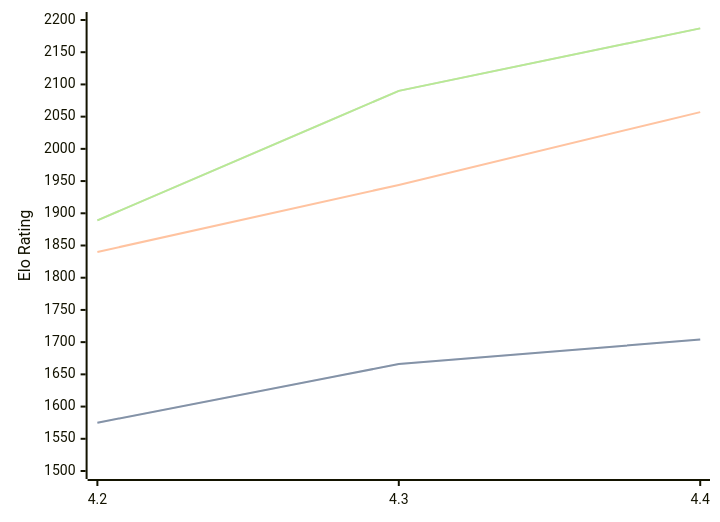
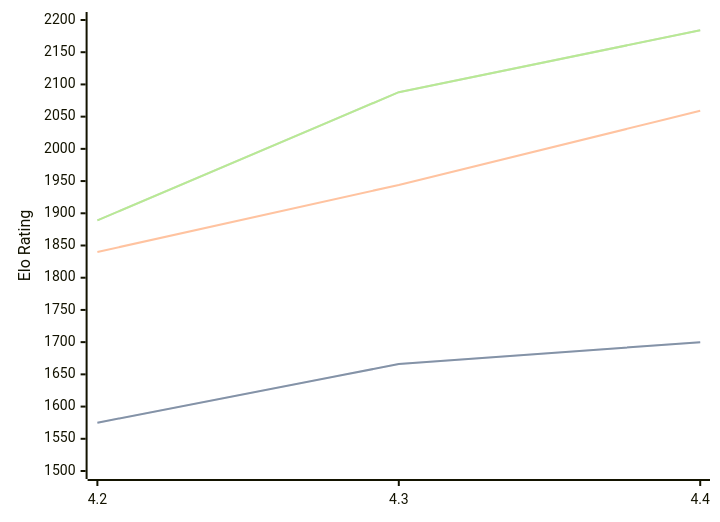
The first of 3 diagrams in engines/Radiance.md (computer-chess-index/cci), drawn with Mermaid before and after one commit. The commit also changed other lines of this file, not shown here.

Commit message:
Update CCI Ratings (ELO VLTC) - 2026-07-15

````diff
--- a/engines/Radiance.md
+++ b/engines/Radiance.md
@@ -36,11 +36,11 @@
 ```mermaid
 %%{init: {"theme":"base","themeVariables":{"seriesColors:['#a3a3a3','#222221','#faa371']}}}%%
 xychart-beta
   x-axis ["4.2", "4.3", "4.4"]
   y-axis "Elo Rating" 1500 --> 2200
-  line "STC (8.0+0.08s)" [1575, 1666, 1704]
-  line "STC (8.0+0.08s)" [1575, 1666, 1704]
-  line "LTC (60.0+0.60s)" [1840, 1944, 2057]
-  line "VLTC (2m24s+1.12s)" [1889, 2090, 2187]
-  line "VLTC (2m24s+1.12s)" [1889, 2090, 2187]
+  line "STC (8.0+0.08s)" [1575, 1666, 1700]
+  line "STC (8.0+0.08s)" [1575, 1666, 1700]
+  line "LTC (60.0+0.60s)" [1840, 1944, 2059]
+  line "VLTC (2m24s+1.12s)" [1889, 2088, 2184]
+  line "VLTC (2m24s+1.12s)" [1889, 2088, 2184]
 ```
````
